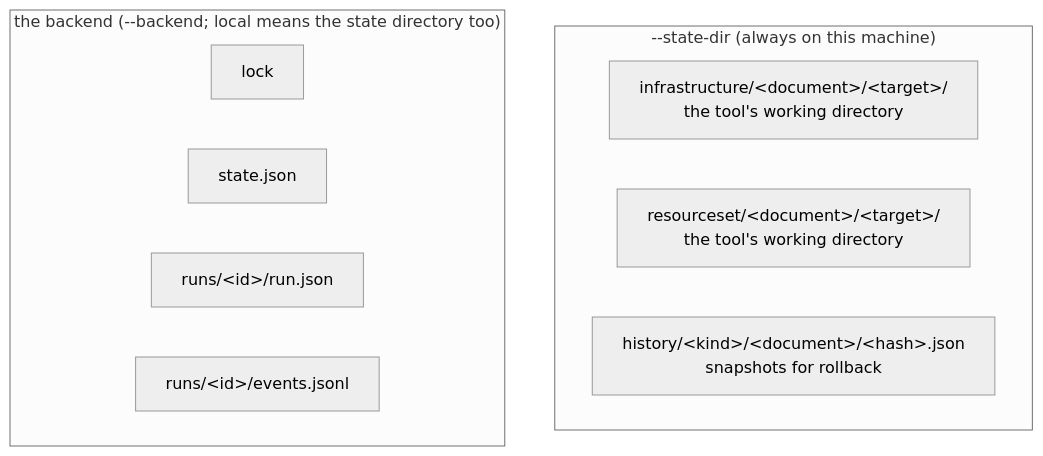
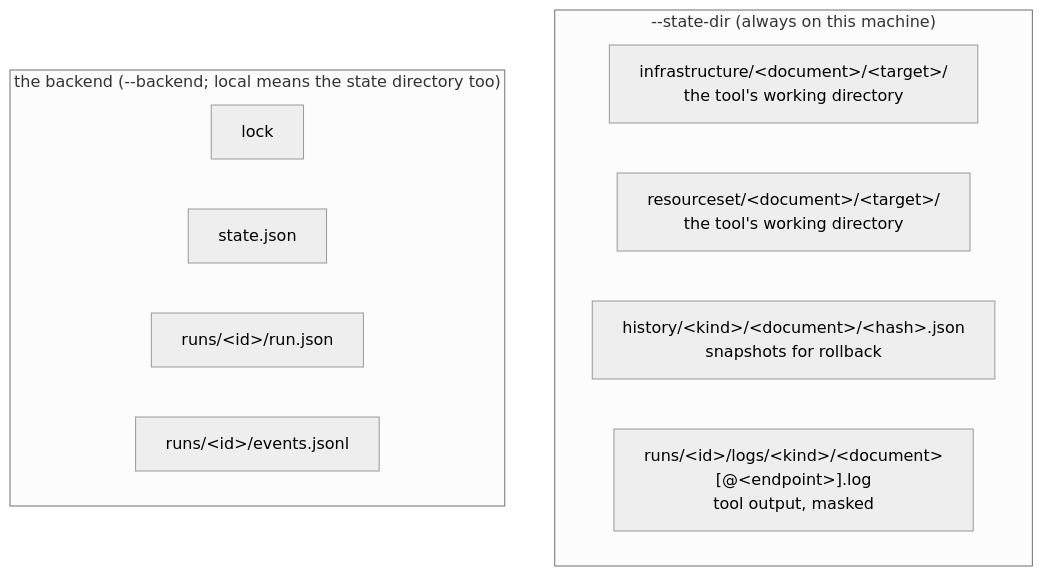
One commit to ZanattaMichael/meridian-core changed the first of 2 diagrams in docs/reference/state.md. Above: the diagram before and after it, drawn with Mermaid (neutral theme). The commit also changed other lines of this file and 22 other files, not shown here.

First line of the commit message:
Keep each step's tool output; meridian logs and meridian bug-report (issue 214) (#228)

````diff
--- a/docs/reference/state.md
+++ b/docs/reference/state.md
@@ -7,14 +7,15 @@
 ```mermaid
 flowchart TB
     subgraph SD["--state-dir (always on this machine)"]
         W1["infrastructure/&lt;document&gt;/&lt;target&gt;/<br/>the tool's working directory"]
         W2["resourceset/&lt;document&gt;/&lt;target&gt;/<br/>the tool's working directory"]
         H["history/&lt;kind&gt;/&lt;document&gt;/&lt;hash&gt;.json<br/>snapshots for rollback"]
+        G["runs/&lt;id&gt;/logs/&lt;kind&gt;/&lt;document&gt;[@&lt;endpoint&gt;].log<br/>tool output, masked"]
     end
     subgraph BE["the backend (--backend; local means the state directory too)"]
         L["lock"]
         S["state.json"]
         R["runs/&lt;id&gt;/run.json"]
         E["runs/&lt;id&gt;/events.jsonl"]
     end
 ```
````
